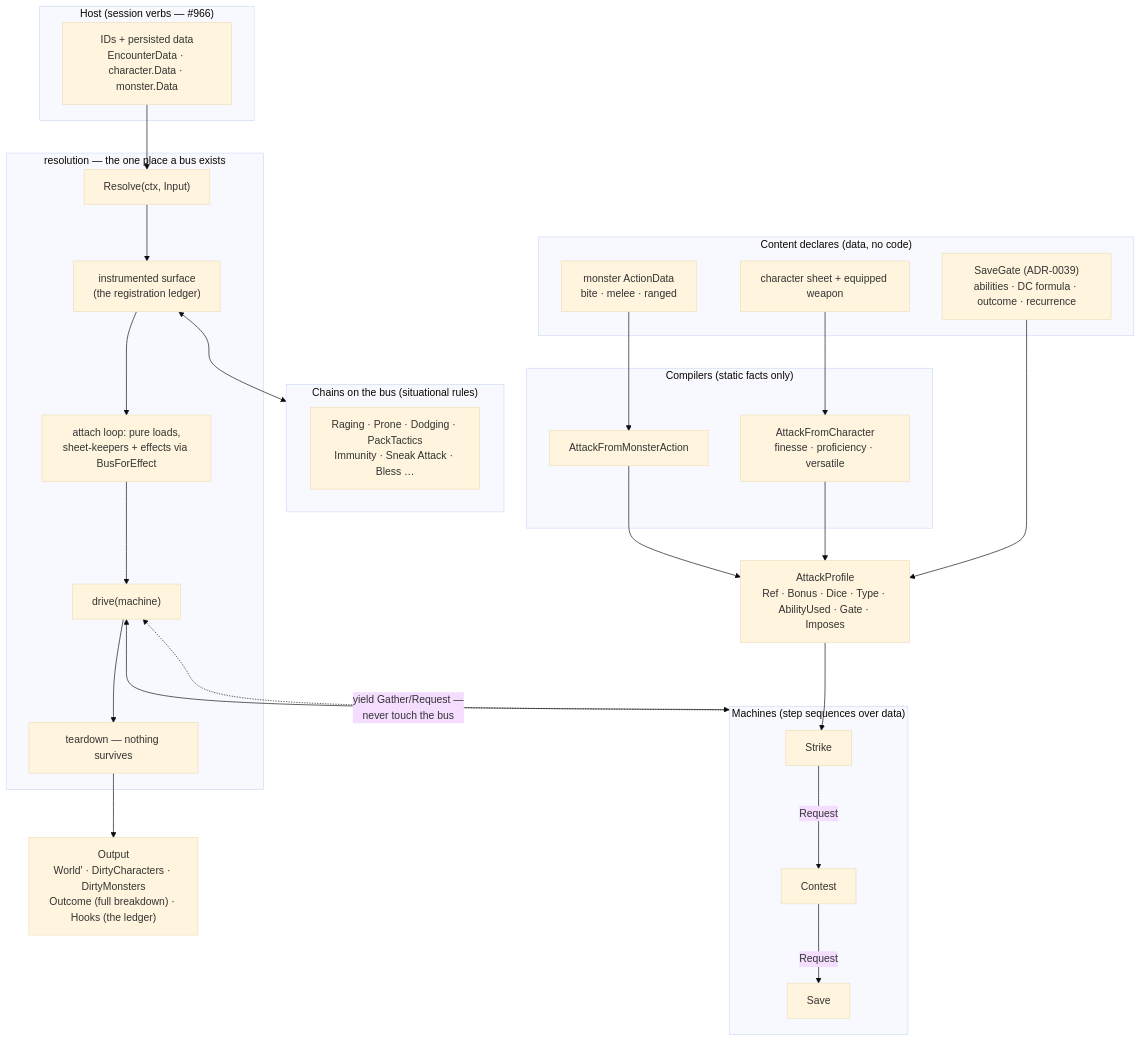
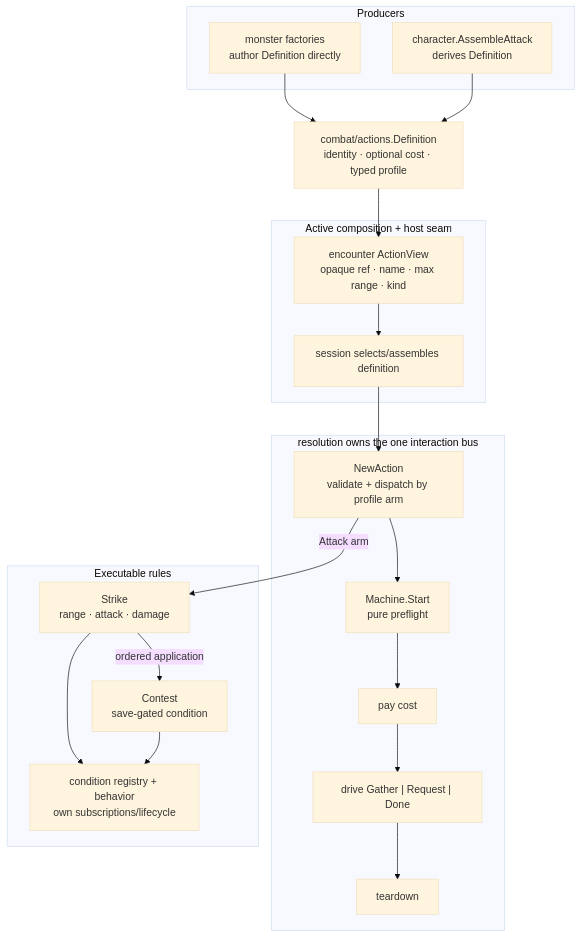
Before and after one commit to KirkDiggler/rpg-toolkit: the diagram in rulebooks/dnd5e/resolution/ARCHITECTURE.md, drawn with Mermaid (base theme). The commit also changed other lines of this file and 11 other files, not shown here.

Commit message:
docs(actions): make shared definitions the only current path (#1198)

````diff
--- a/rulebooks/dnd5e/resolution/ARCHITECTURE.md
+++ b/rulebooks/dnd5e/resolution/ARCHITECTURE.md
@@ -16,50 +5,37 @@
 ```mermaid
 flowchart TB
-    subgraph HOST["Host (session verbs — #966)"]
-        IDS["IDs + persisted data\nEncounterData · character.Data · monster.Data"]
+    subgraph PRODUCERS["Producers"]
+        MON["monster factories\nauthor Definition directly"]
+        CHAR["character.AssembleAttack\nderives Definition"]
     end
 
-    subgraph CONTENT["Content declares (data, no code)"]
-        ACT["monster ActionData\nbite · melee · ranged"]
-        SHEET["character sheet + equipped weapon"]
-        GATE["SaveGate (ADR-0039)\nabilities · DC formula · outcome · recurrence"]
+    DEF["combat/actions.Definition\nidentity · optional cost · typed profile"]
+
+    subgraph SESSION["Active composition + host seam"]
+        VIEW["encounter ActionView\nopaque ref · name · max range · kind"]
+        SEAM["session selects/assembles definition"]
     end
 
-    subgraph COMPILERS["Compilers (static facts only)"]
-        AFM["AttackFromMonsterAction"]
-        AFC["AttackFromCharacter\nfinesse · proficiency · versatile"]
+    subgraph RESOLUTION["resolution owns the one interaction bus"]
+        NEW["NewAction\nvalidate + dispatch by profile arm"]
+        START["Machine.Start\npure preflight"]
+        PAY["pay cost"]
+        DRIVE["drive Gather | Request | Done"]
+        TEAR["teardown"]
     end
 
-    PROFILE["AttackProfile\nRef · Bonus · Dice · Type · AbilityUsed · Gate · Imposes"]
-
-    subgraph RESOLUTION["resolution — the one place a bus exists"]
-        RESOLVE["Resolve(ctx, Input)"]
-        SURFACE["instrumented surface\n(the registration ledger)"]
-        ATTACH["attach loop: pure loads,\nsheet-keepers + effects via BusForEffect"]
-        DRIVE["drive(machine)"]
-        TEAR["teardown — nothing survives"]
+    subgraph RULES["Executable rules"]
+        STRIKE["Strike\nrange · attack · damage"]
+        CONTEST["Contest\nsave-gated condition"]
+        CONDITIONS["condition registry + behavior\nown subscriptions/lifecycle"]
     end
 
-    subgraph MACHINES["Machines (step sequences over data)"]
-        STRIKE["Strike"]
-        CONTEST["Contest"]
-        SAVE["Save"]
-    end
-
-    subgraph CHAINS["Chains on the bus (situational rules)"]
-        FX["Raging · Prone · Dodging · PackTactics\nImmunity · Sneak Attack · Bless …"]
-    end
-
-    OUT["Output\nWorld' · DirtyCharacters · DirtyMonsters\nOutcome (full breakdown) · Hooks (the ledger)"]
-
-    IDS --> RESOLVE
-    ACT --> AFM --> PROFILE
-    SHEET --> AFC --> PROFILE
-    GATE --> PROFILE
-    PROFILE --> STRIKE
-    RESOLVE --> SURFACE --> ATTACH --> DRIVE --> TEAR --> OUT
-    DRIVE <--> MACHINES
-    MACHINES -. "yield Gather/Request —\nnever touch the bus" .-> DRIVE
-    SURFACE <--> CHAINS
-    STRIKE -->|"Request"| CONTEST -->|"Request"| SAVE
+    MON --> DEF
+    CHAR --> DEF
+    DEF --> VIEW --> SEAM
+    SEAM --> NEW --> START --> PAY --> DRIVE --> TEAR
+    NEW -->|Attack arm| STRIKE
+    STRIKE -->|ordered application| CONTEST
+    STRIKE --> CONDITIONS
+    CONTEST --> CONDITIONS
 ```
````
